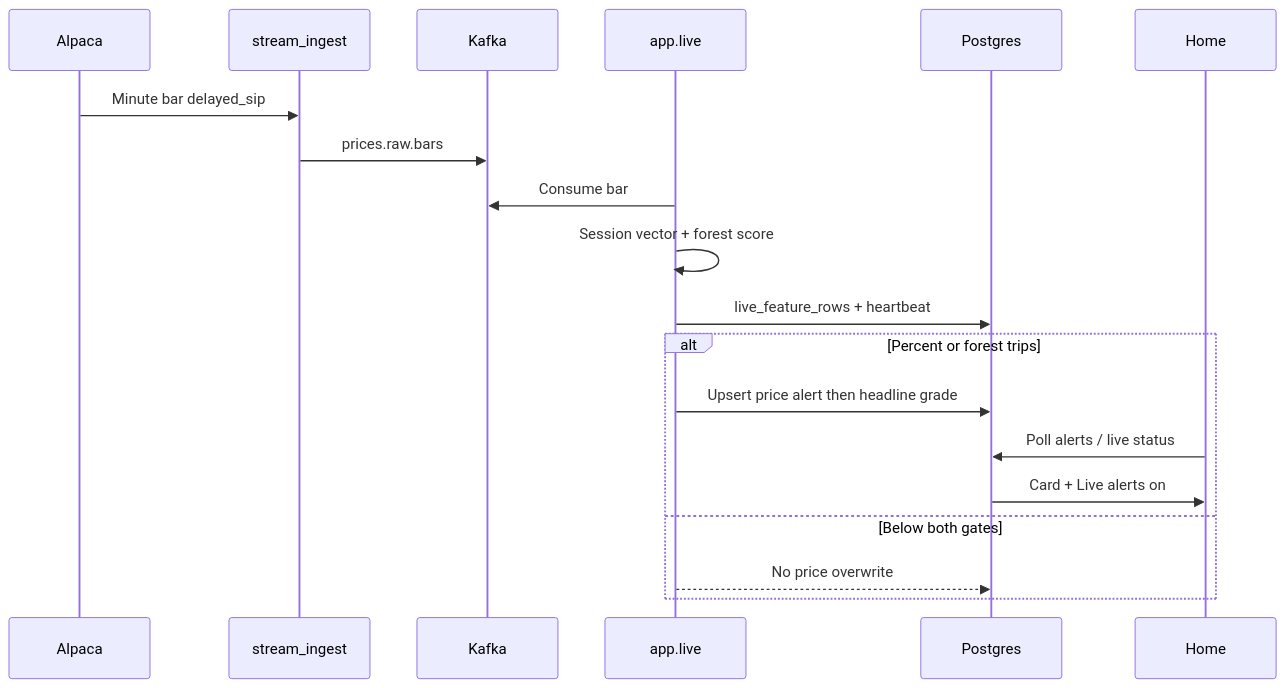
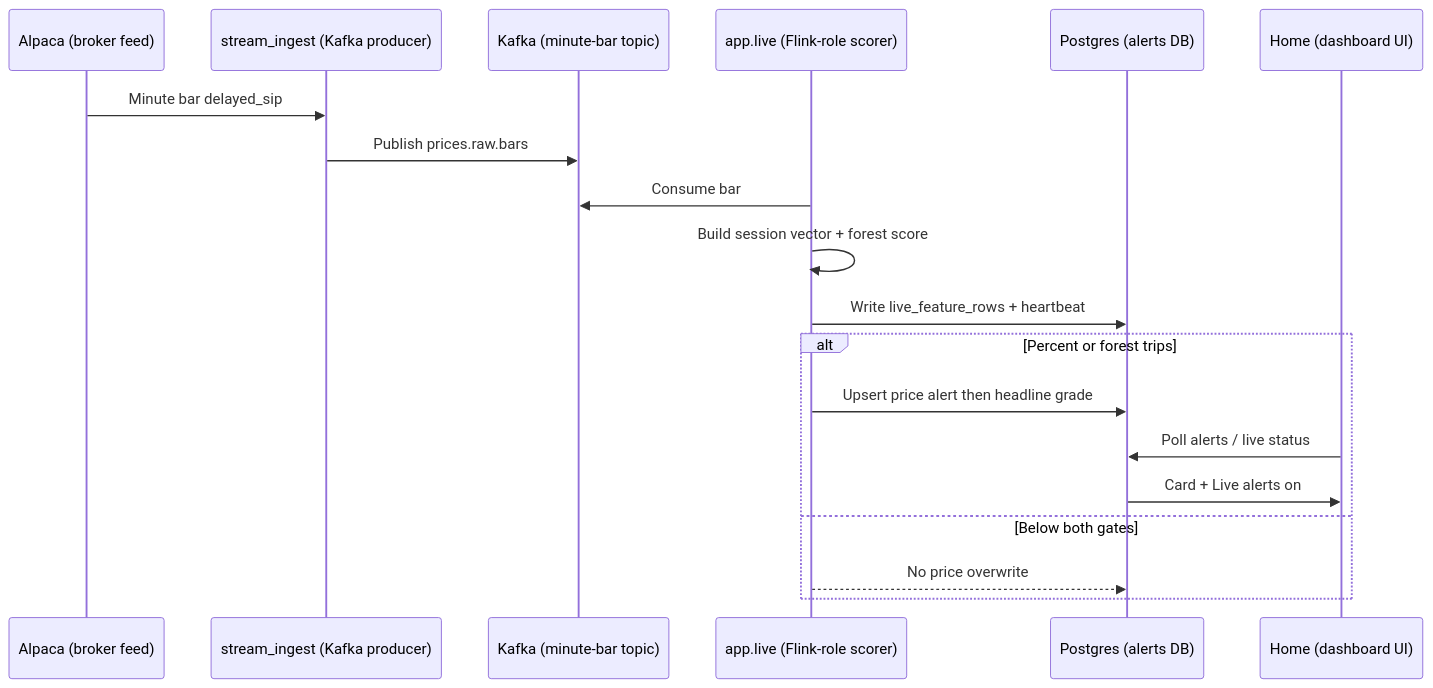
Before and after one commit to sameerde4/ticker-alert-system: the fourth of 10 diagrams in docs/architecture.md, drawn with Mermaid. The commit also changed other lines of this file and 1 other file, not shown here.

First line of the commit message:
Clarify architecture diagram boxes with job plus technical role.

````diff
--- a/docs/architecture.md
+++ b/docs/architecture.md
@@ -279,22 +279,22 @@
 ```mermaid
 sequenceDiagram
-    participant Alpaca
-    participant Producer as stream_ingest
-    participant Kafka
-    participant Live as app.live
-    participant PG as Postgres
-    participant UI as Home
+    participant Alpaca as Alpaca (broker feed)
+    participant Producer as stream_ingest (Kafka producer)
+    participant Kafka as Kafka (minute-bar topic)
+    participant Live as app.live (Flink-role scorer)
+    participant PG as Postgres (alerts DB)
+    participant UI as Home (dashboard UI)
 
     Alpaca->>Producer: Minute bar delayed_sip
-    Producer->>Kafka: prices.raw.bars
+    Producer->>Kafka: Publish prices.raw.bars
     Live->>Kafka: Consume bar
-    Live->>Live: Session vector + forest score
-    Live->>PG: live_feature_rows + heartbeat
+    Live->>Live: Build session vector + forest score
+    Live->>PG: Write live_feature_rows + heartbeat
     alt Percent or forest trips
         Live->>PG: Upsert price alert then headline grade
         UI->>PG: Poll alerts / live status
         PG->>UI: Card + Live alerts on
     else Below both gates
         Live-->>PG: No price overwrite
     end
 ```
````
